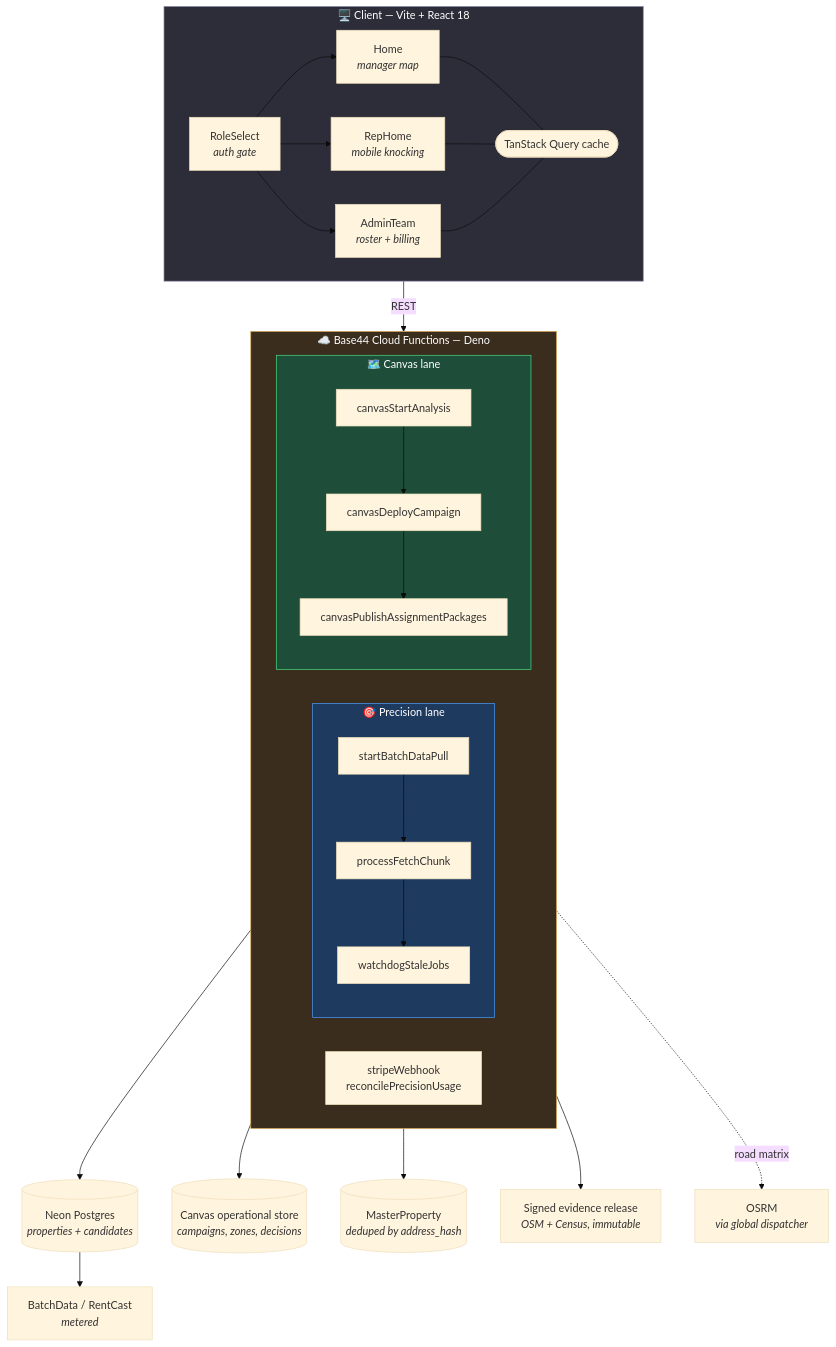
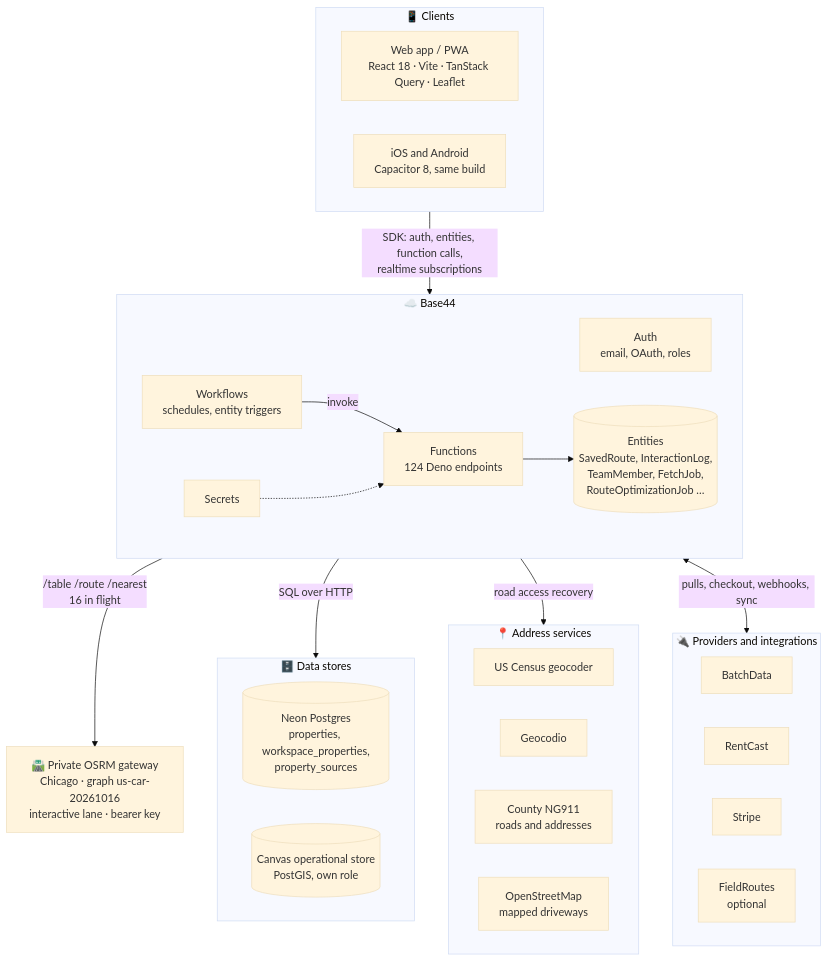
One commit to invisibleontheblockchain/firstknock-sales-os changed the first of 6 diagrams in README.md. Above: the diagram before and after it, drawn with Mermaid (base theme). The commit also changed other lines of this file and 1 other file, not shown here.

````diff
--- a/README.md
+++ b/README.md
@@ -49,38 +66,50 @@
 ```mermaid
 flowchart TB
-    subgraph Client["🖥️  Client — Vite + React 18"]
+    subgraph Clients["📱 Clients"]
         direction LR
-        RS["RoleSelect<br/><i>auth gate</i>"] --> HOME["Home<br/><i>manager map</i>"]
-        RS --> REP["RepHome<br/><i>mobile knocking</i>"]
-        RS --> ADMIN["AdminTeam<br/><i>roster + billing</i>"]
-        HOME & REP & ADMIN --- TQ(["TanStack Query cache"])
+        WEB["Web app / PWA<br/>React 18 · Vite · TanStack Query · Leaflet"]
+        MOB["iOS and Android<br/>Capacitor 8, same build"]
     end
 
-    subgraph Backend["☁️  Base44 Cloud Functions — Deno"]
+    subgraph B44["☁️ Base44"]
         direction LR
-        subgraph P["🎯 Precision lane"]
-            SBP["startBatchDataPull"] --> PFC["processFetchChunk"]
-            PFC --> WD["watchdogStaleJobs"]
-        end
-        subgraph C["🗺️ Canvas lane"]
-            CSA["canvasStartAnalysis"] --> CDC["canvasDeployCampaign"]
-            CDC --> CPA["canvasPublishAssignmentPackages"]
-        end
-        BILL["stripeWebhook<br/>reconcilePrecisionUsage"]
+        AUTH["Auth<br/>email, OAuth, roles"]
+        WF["Workflows<br/>schedules, entity triggers"]
+        FN["Functions<br/>124 Deno endpoints"]
+        ENT[("Entities<br/>SavedRoute, InteractionLog,<br/>TeamMember, FetchJob,<br/>RouteOptimizationJob …")]
+        SEC["Secrets"]
+        WF -->|invoke| FN
+        FN --> ENT
+        SEC -.-> FN
     end
 
-    Client -->|REST| Backend
+    subgraph Stores["🗄️ Data stores"]
+        direction LR
+        NEON[("Neon Postgres<br/>properties, workspace_properties,<br/>property_sources")]
+        CANVAS[("Canvas operational store<br/>PostGIS, own role")]
+    end
 
-    P --> NEON[("Neon Postgres<br/><i>properties + candidates</i>")]
-    C --> OPS[("Canvas operational store<br/><i>campaigns, zones, decisions</i>")]
-    P --> MP[("MasterProperty<br/><i>deduped by address_hash</i>")]
+    OSRM["🛣️ Private OSRM gateway<br/>Chicago · graph us-car-20261016<br/>interactive lane · bearer key"]
 
-    NEON --> BD["BatchData / RentCast<br/><i>metered</i>"]
-    C --> EV["Signed evidence release<br/><i>OSM + Census, immutable</i>"]
-    P -. road matrix .-> OSRM["OSRM<br/><i>via global dispatcher</i>"]
+    subgraph Addr["📍 Address services"]
+        direction LR
+        CENSUS["US Census geocoder"]
+        GEOCODIO["Geocodio"]
+        COUNTY["County NG911<br/>roads and addresses"]
+        OSM["OpenStreetMap<br/>mapped driveways"]
+    end
 
-    style P fill:#1e3a5f,stroke:#4a9eff,color:#fff
-    style C fill:#1e4d3a,stroke:#4ade80,color:#fff
-    style Client fill:#2d2d3a,stroke:#8b8ba7,color:#fff
-    style Backend fill:#3a2d1e,stroke:#d4a04a,color:#fff
+    subgraph Ext["🔌 Providers and integrations"]
+        direction LR
+        BD["BatchData"]
+        RC["RentCast"]
+        STRIPE["Stripe"]
+        FR["FieldRoutes<br/>optional"]
+    end
+
+    Clients -->|"SDK: auth, entities, function calls,<br/>realtime subscriptions"| B44
+    FN -->|"SQL over HTTP"| Stores
+    FN -->|"/table /route /nearest<br/>16 in flight"| OSRM
+    FN -->|"road access recovery"| Addr
+    FN <-->|"pulls, checkout, webhooks, sync"| Ext
 ```
````
